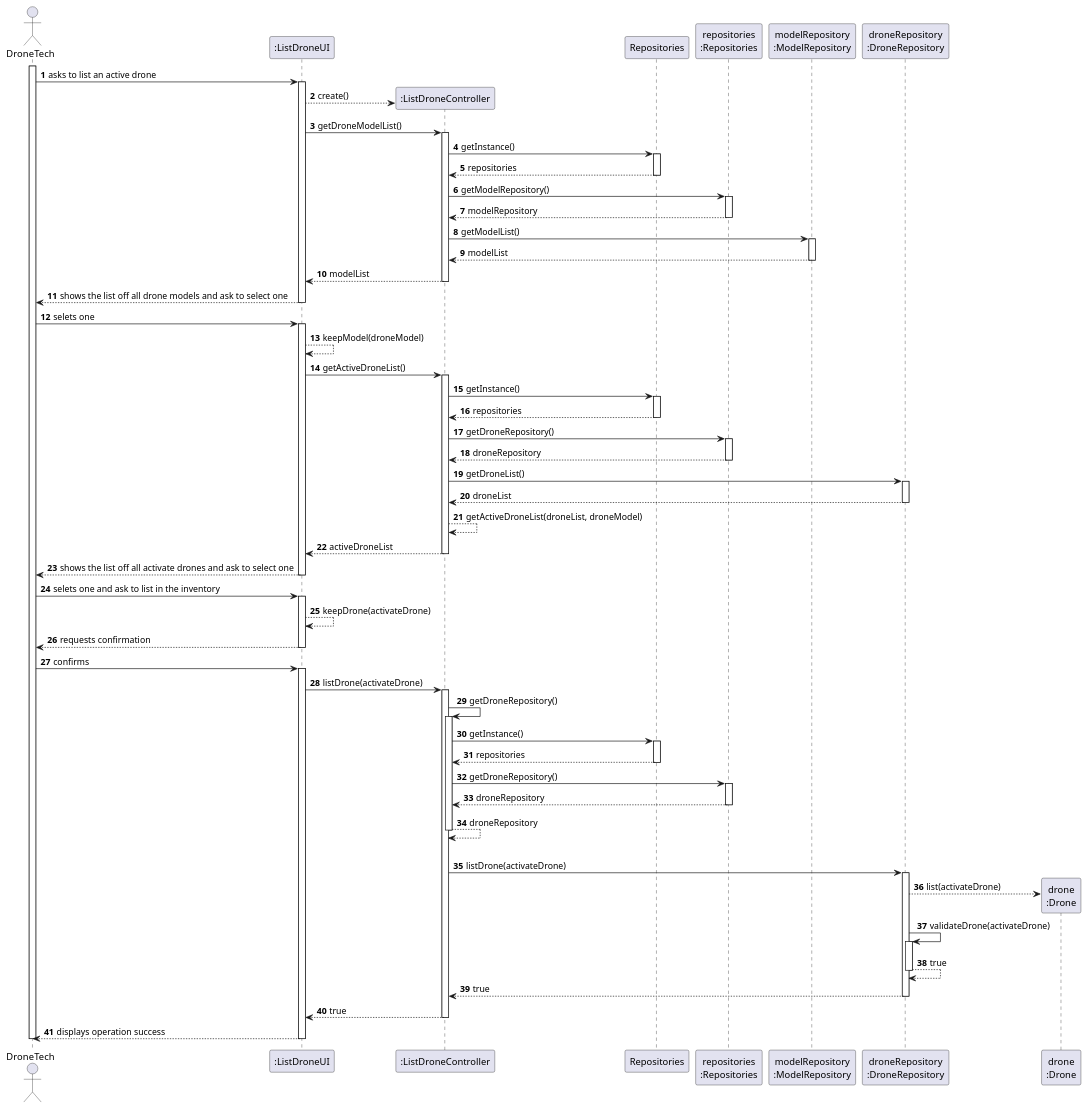
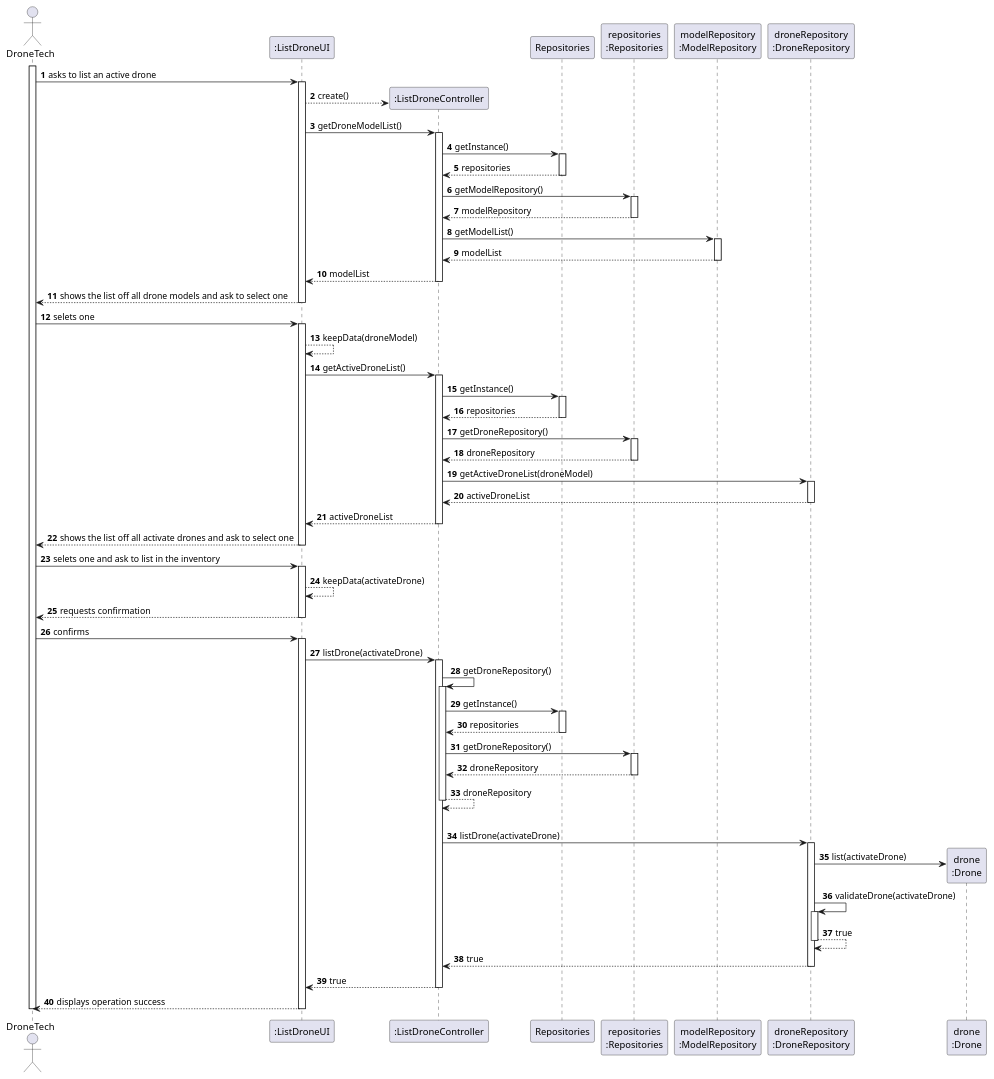
The diagram in docs/SPRINT_2/US243/puml/sequence_diagram_us243.puml (diogoveirospro/sem4pi-2024-2025-sem4pi_2024_2025_g44), drawn with PlantUML before and after one commit. The commit also changed 4 other files, not shown here.

```diff
--- a/docs/SPRINT_2/US243/puml/sequence_diagram_us243.puml
+++ b/docs/SPRINT_2/US243/puml/sequence_diagram_us243.puml
@@ -1,119 +1,118 @@
 @startuml
 'skinparam monochrome true
 skinparam packageStyle rectangle
 skinparam shadowing false
 
 autonumber
 
 'hide footbox
 actor "DroneTech" as EDT
 participant ":ListDroneUI" as UI
 participant ":ListDroneController" as CTRL
 participant "Repositories" as REPOS
 participant "repositories\n:Repositories" as REPOS_SINGLETON
 participant "modelRepository\n:ModelRepository" as MOD_REPO
 participant "droneRepository\n:DroneRepository" as DRN_REPO
 participant "drone\n:Drone" as DRONE
 
 activate EDT
 
         EDT -> UI : asks to list an active drone
         activate UI
             UI --> CTRL** : create()
 
             UI -> CTRL : getDroneModelList()
                         activate CTRL
                             CTRL -> REPOS : getInstance()
                             activate REPOS
                                 REPOS --> CTRL: repositories
                             deactivate REPOS
 
                             CTRL -> REPOS_SINGLETON : getModelRepository()
                             activate REPOS_SINGLETON
                                 REPOS_SINGLETON --> CTRL: modelRepository
                             deactivate REPOS_SINGLETON
 
                             CTRL -> MOD_REPO : getModelList()
                             activate MOD_REPO
                                 MOD_REPO --> CTRL : modelList
                             deactivate MOD_REPO
                             CTRL --> UI : modelList
                         deactivate CTRL
                    UI --> EDT : shows the list off all drone models and ask to select one
                            deactivate UI
                      EDT -> UI : selets one
                         activate UI
-            UI --> UI : keepModel(droneModel)
+            UI --> UI : keepData(droneModel)
             UI -> CTRL : getActiveDroneList()
             activate CTRL
                 CTRL -> REPOS : getInstance()
                 activate REPOS
                     REPOS --> CTRL: repositories
                 deactivate REPOS
 
                 CTRL -> REPOS_SINGLETON : getDroneRepository()
                 activate REPOS_SINGLETON
                     REPOS_SINGLETON --> CTRL: droneRepository
                 deactivate REPOS_SINGLETON
 
-                CTRL -> DRN_REPO : getDroneList()
+                CTRL -> DRN_REPO : getActiveDroneList(droneModel)
                 activate DRN_REPO
-                    DRN_REPO --> CTRL : droneList
+                    DRN_REPO --> CTRL : activeDroneList
                 deactivate DRN_REPO
-                CTRL --> CTRL : getActiveDroneList(droneList, droneModel)
                 CTRL --> UI : activeDroneList
             deactivate CTRL
 
             UI --> EDT : shows the list off all activate drones and ask to select one
         deactivate UI
 
 
 
     EDT -> UI : selets one and ask to list in the inventory
     activate UI
-    UI --> UI : keepDrone(activateDrone)
+    UI --> UI : keepData(activateDrone)
     UI --> EDT : requests confirmation
     deactivate UI
     EDT -> UI : confirms
     activate UI
         UI -> CTRL : listDrone(activateDrone)
         activate CTRL
              CTRL -> CTRL: getDroneRepository()
                                     activate CTRL
 
                                         CTRL -> REPOS: getInstance()
                                         activate REPOS
 
                                                REPOS --> CTRL: repositories
 
                                         deactivate REPOS
 
                                         CTRL -> REPOS_SINGLETON: getDroneRepository()
                                         activate REPOS_SINGLETON
 
                                                REPOS_SINGLETON --> CTRL: droneRepository
                                         deactivate REPOS_SINGLETON
                                     CTRL --> CTRL: droneRepository
 
                                     |||
                                                                         deactivate CTRL
 
                                     CTRL -> DRN_REPO : listDrone(activateDrone)
             activate DRN_REPO
-                DRN_REPO --> DRONE **: list(activateDrone)
+                DRN_REPO -> DRONE **: list(activateDrone)
                     DRN_REPO -> DRN_REPO: validateDrone(activateDrone)
                     activate DRN_REPO
                         DRN_REPO --> DRN_REPO : true
                     deactivate DRN_REPO
 
                 DRN_REPO --> CTRL : true
             deactivate DRN_REPO
 
             CTRL --> UI: true
             deactivate CTRL
             UI --> EDT: displays operation success
     deactivate UI
 
 deactivate EDT
 
 @enduml
```
